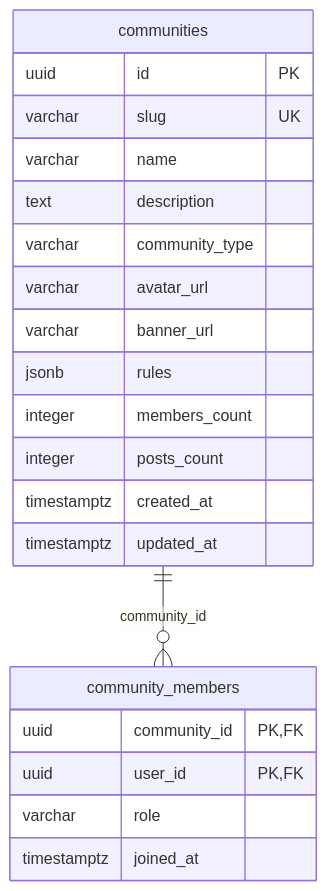
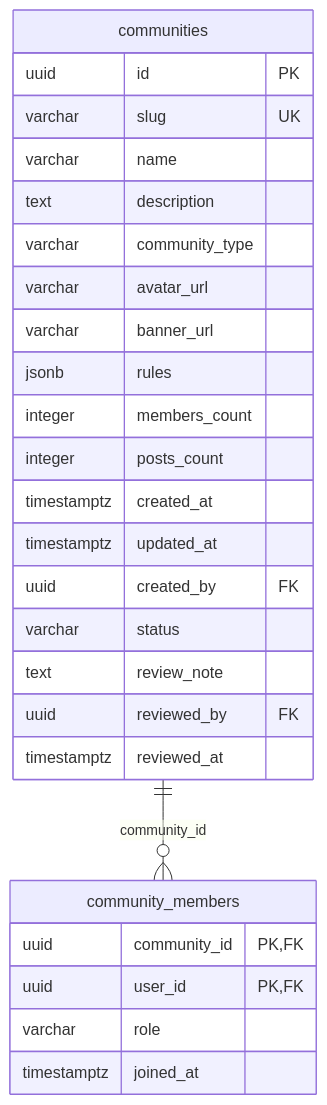
One commit to nhatcoi/pu-connect changed the fourth of 7 diagrams in docs/diagrams/04-erd.md. Above: the diagram before and after it, drawn with Mermaid. The commit also changed other lines of this file and 22 other files, not shown here.

````diff
--- a/docs/diagrams/04-erd.md
+++ b/docs/diagrams/04-erd.md
@@ -393,24 +393,29 @@
 ```mermaid
 erDiagram
   communities {
     uuid id PK
     varchar slug UK
     varchar name
     text description
     varchar community_type
     varchar avatar_url
     varchar banner_url
     jsonb rules
     integer members_count
     integer posts_count
     timestamptz created_at
     timestamptz updated_at
+    uuid created_by FK
+    varchar status
+    text review_note
+    uuid reviewed_by FK
+    timestamptz reviewed_at
   }
   community_members {
     uuid community_id PK,FK
     uuid user_id PK,FK
     varchar role
     timestamptz joined_at
   }
   communities ||--o{ community_members : "community_id"
 ```
````
